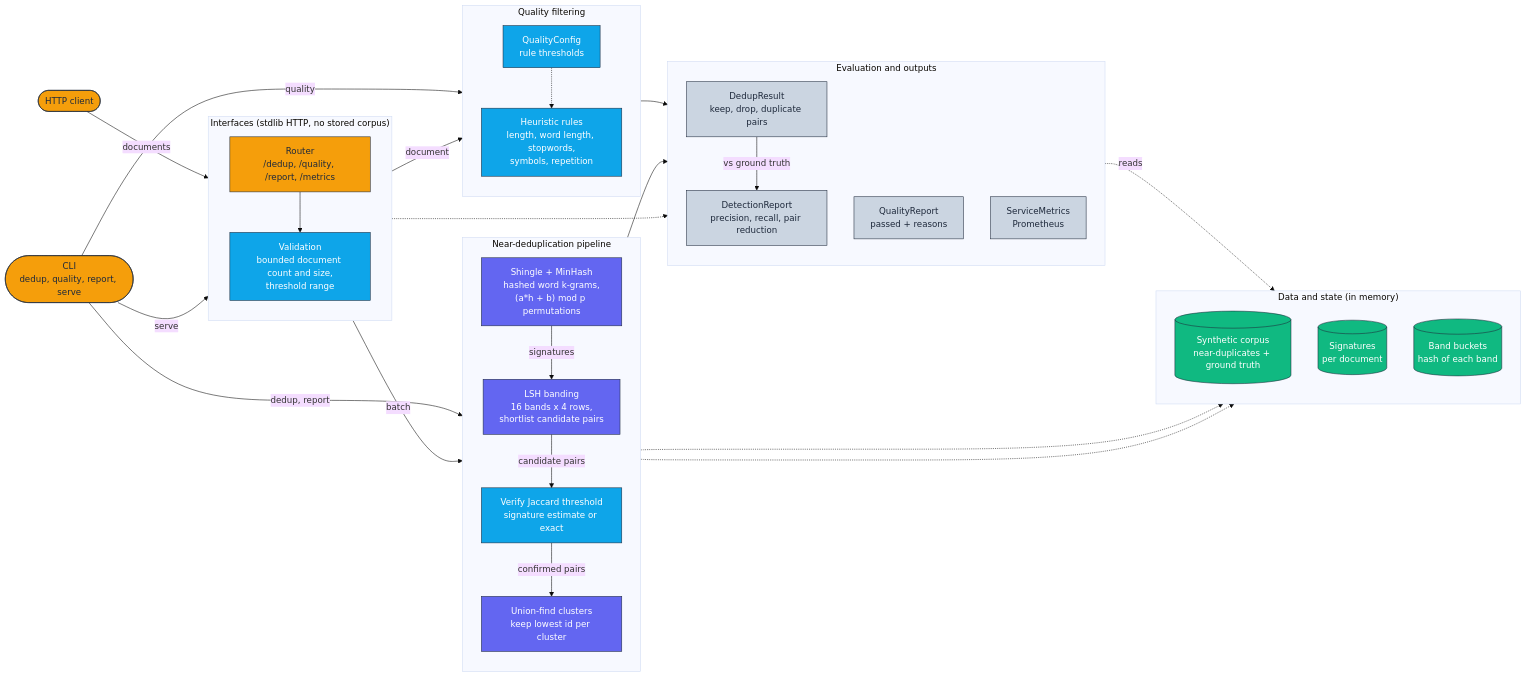
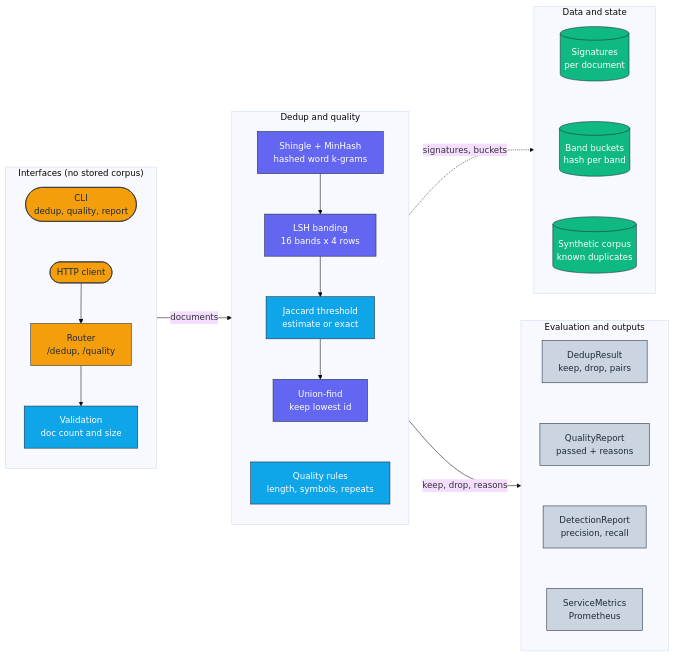
The diagram in docs/architecture/architecture.mmd (adeoluo/corpus-dedup-library), drawn with Mermaid (base theme) before and after one commit. The commit also changed 1 other file, not shown here.

Commit message:
docs: compact horizontal architecture diagram

```diff
--- a/docs/architecture/architecture.mmd
+++ b/docs/architecture/architecture.mmd
@@ -1,63 +1,46 @@
 flowchart LR
     classDef edge     fill:#F59E0B,stroke:#1E293B,color:#1E293B,stroke-width:1px;
     classDef core     fill:#6366F1,stroke:#1E293B,color:#ffffff,stroke-width:1px;
     classDef data     fill:#10B981,stroke:#1E293B,color:#ffffff,stroke-width:1px;
     classDef control  fill:#0EA5E9,stroke:#1E293B,color:#ffffff,stroke-width:1px;
     classDef obs      fill:#CBD5E1,stroke:#1E293B,color:#1E293B,stroke-width:1px;
 
-    Client(["HTTP client"]):::edge
-    CLI(["CLI<br/>dedup, quality, report, serve"]):::edge
-
-    subgraph Interfaces["Interfaces (stdlib HTTP, no stored corpus)"]
+    subgraph Interfaces["Interfaces (no stored corpus)"]
         direction TB
-        Router["Router<br/>/dedup, /quality, /report, /metrics"]:::edge
-        Validate["Validation<br/>bounded document count and size,<br/>threshold range"]:::control
+        Client([HTTP client]):::edge
+        CLI(["CLI<br/>dedup, quality, report"]):::edge
+        Router["Router<br/>/dedup, /quality"]:::edge
+        Validate["Validation<br/>doc count and size"]:::control
+        CLI ~~~ Client --> Router --> Validate
     end
 
-    subgraph Dedup["Near-deduplication pipeline"]
+    subgraph Core["Dedup and quality"]
         direction TB
-        Sign["Shingle + MinHash<br/>hashed word k-grams,<br/>(a*h + b) mod p permutations"]:::core
-        LSH["LSH banding<br/>16 bands x 4 rows,<br/>shortlist candidate pairs"]:::core
-        Verify["Verify Jaccard threshold<br/>signature estimate or exact"]:::control
-        Cluster["Union-find clusters<br/>keep lowest id per cluster"]:::core
+        Sign["Shingle + MinHash<br/>hashed word k-grams"]:::core
+        LSH["LSH banding<br/>16 bands x 4 rows"]:::core
+        Verify["Jaccard threshold<br/>estimate or exact"]:::control
+        Cluster["Union-find<br/>keep lowest id"]:::core
+        Rules["Quality rules<br/>length, symbols, repeats"]:::control
+        Sign --> LSH --> Verify --> Cluster ~~~ Rules
     end
 
-    subgraph Quality["Quality filtering"]
+    subgraph State["Data and state"]
         direction TB
-        Rules["Heuristic rules<br/>length, word length, stopwords,<br/>symbols, repetition"]:::control
-        QConfig["QualityConfig<br/>rule thresholds"]:::control
+        Signatures[("Signatures<br/>per document")]:::data
+        Buckets[("Band buckets<br/>hash per band")]:::data
+        Corpus[("Synthetic corpus<br/>known duplicates")]:::data
+        Signatures ~~~ Buckets ~~~ Corpus
     end
 
-    subgraph State["Data and state (in memory)"]
+    subgraph Obs["Evaluation and outputs"]
         direction TB
-        Corpus[("Synthetic corpus<br/>near-duplicates + ground truth")]:::data
-        Signatures[("Signatures<br/>per document")]:::data
-        Buckets[("Band buckets<br/>hash of each band")]:::data
+        Result["DedupResult<br/>keep, drop, pairs"]:::obs
+        QReport["QualityReport<br/>passed + reasons"]:::obs
+        Detect["DetectionReport<br/>precision, recall"]:::obs
+        Metrics["ServiceMetrics<br/>Prometheus"]:::obs
+        Result ~~~ QReport ~~~ Detect ~~~ Metrics
     end
 
-    subgraph Evaluation["Evaluation and outputs"]
-        direction TB
-        Result["DedupResult<br/>keep, drop, duplicate pairs"]:::obs
-        QReport["QualityReport<br/>passed + reasons"]:::obs
-        Detect["DetectionReport<br/>precision, recall, pair reduction"]:::obs
-        Metrics["ServiceMetrics<br/>Prometheus"]:::obs
-    end
-
-    Client -->|documents| Router
-    CLI -->|serve| Router
-    CLI -->|dedup, report| Sign
-    CLI -->|quality| Rules
-    Router --> Validate
-    Validate -->|batch| Sign
-    Validate -->|document| Rules
-    Sign -->|signatures| LSH
-    LSH -->|candidate pairs| Verify
-    Verify -->|confirmed pairs| Cluster
-    Sign -.-> Signatures
-    LSH -.-> Buckets
-    QConfig -.-> Rules
-    Cluster --> Result
-    Rules --> QReport
-    Result -->|vs ground truth| Detect
-    Detect -.->|reads| Corpus
-    Router -.-> Metrics
+    Interfaces -->|documents| Core
+    Core -.->|signatures, buckets| State
+    Core -->|keep, drop, reasons| Obs
```
